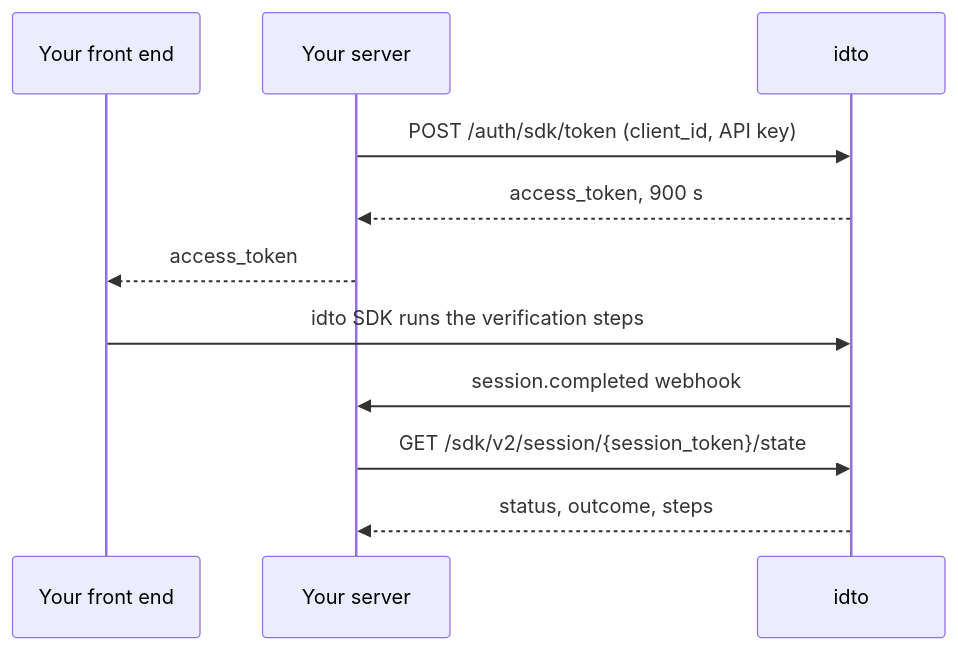
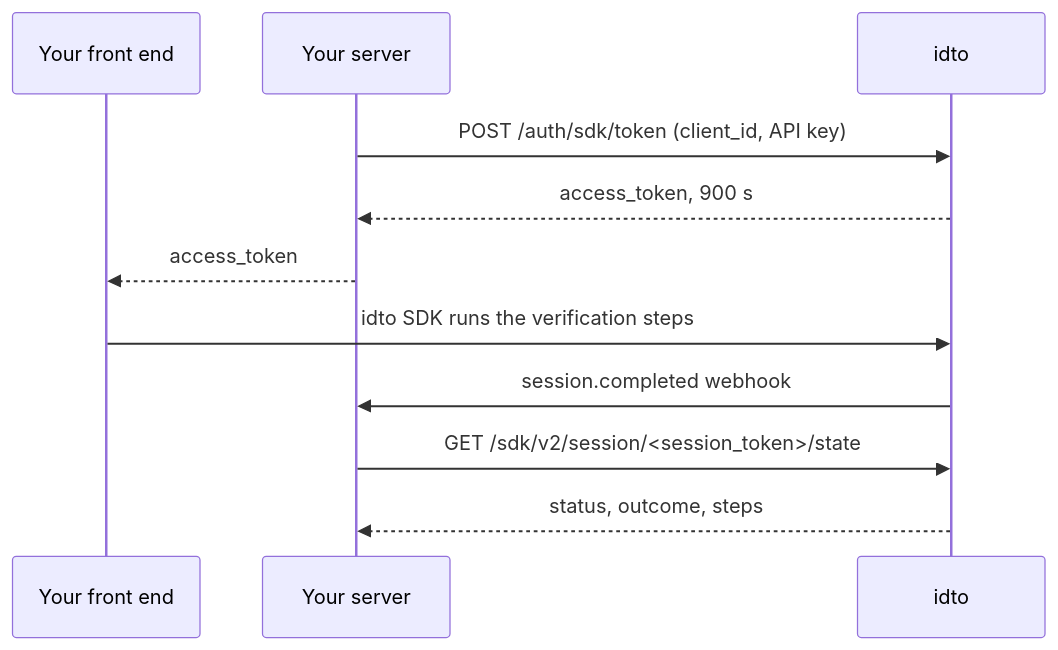
The diagram in products/integration/overview.mdx (dev-payvriz/docs), drawn with Mermaid before and after one commit. The commit also changed other lines of this file and 76 other files, not shown here.

````diff
--- a/products/integration/overview.mdx
+++ b/products/integration/overview.mdx
@@ -11,13 +11,13 @@
 ```mermaid
 sequenceDiagram
     participant B as Your front end
     participant S as Your server
     participant I as idto
     S->>I: POST /auth/sdk/token (client_id, API key)
     I-->>S: access_token, 900 s
     S-->>B: access_token
     B->>I: idto SDK runs the verification steps
     I->>S: session.completed webhook
-    S->>I: GET /sdk/v2/session/{session_token}/state
+    S->>I: GET /sdk/v2/session/#lt;session_token#gt;/state
     I-->>S: status, outcome, steps
 ```
````
